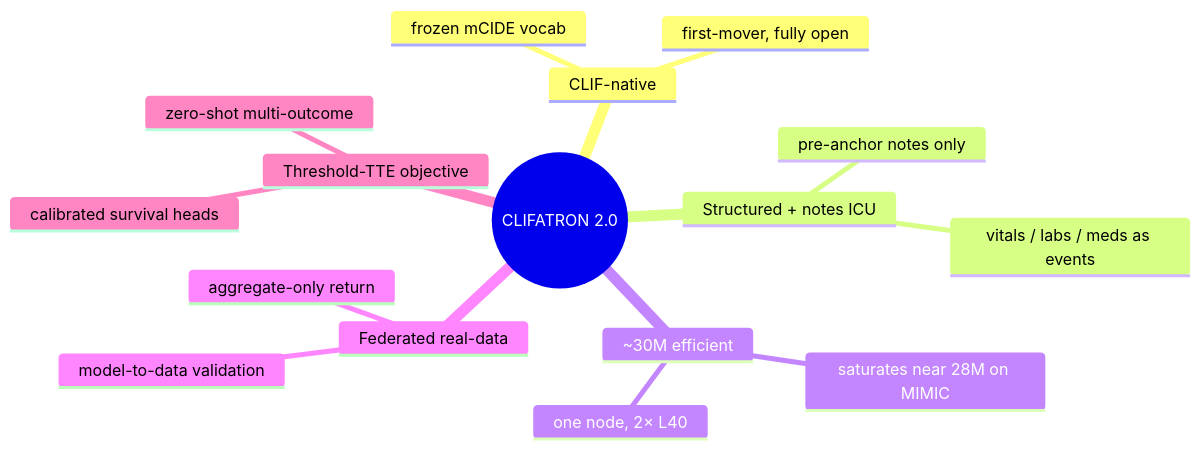
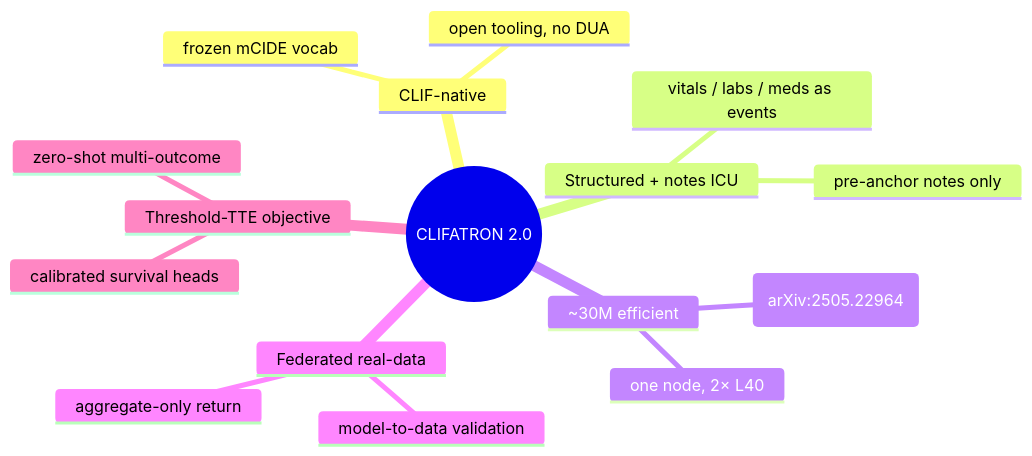
Before and after one commit to sajor2000/clifatron2.0: the second of 4 diagrams in website/docs/overview.md, drawn with Mermaid. The commit also changed other lines of this file and 9 other files, not shown here.

````diff
--- a/website/docs/overview.md
+++ b/website/docs/overview.md
@@ -79,19 +79,19 @@
 ```mermaid
 mindmap
   root((CLIFATRON 2.0))
     CLIF-native
-      first-mover, fully open
+      open tooling, no DUA
       frozen mCIDE vocab
     Structured + notes ICU
       vitals / labs / meds as events
       pre-anchor notes only
     ~30M efficient
-      saturates near 28M on MIMIC
+      utility saturates ~28M on MIMIC (arXiv:2505.22964)
       one node, 2× L40
     Federated real-data
       model-to-data validation
       aggregate-only return
     Threshold-TTE objective
       zero-shot multi-outcome
       calibrated survival heads
 ```
````
